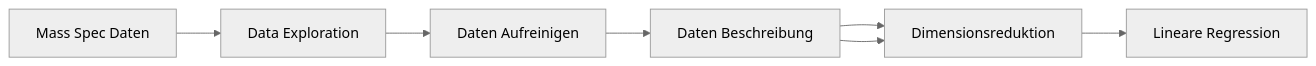
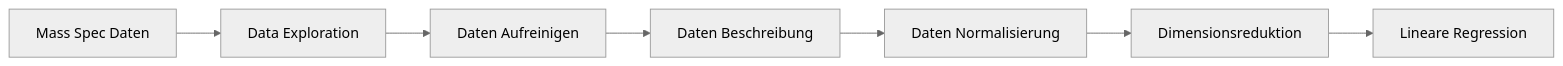
The diagram in README.md (MichelaPozzi/2025-topic-03-group-04), drawn with Mermaid (neutral theme) before and after one commit.

````diff
--- a/README.md
+++ b/README.md
@@ -51,9 +51,9 @@
 ```mermaid
 flowchart LR
     A[Mass Spec Daten] --> B[Data Exploration]
     B --> C[Daten Aufreinigen]
     C --> D[Daten Beschreibung]
     D --> E[Daten Normalisierung]
-    D --> E[Dimensionsreduktion]
-    E --> F[Lineare Regression]
+    E --> F[Dimensionsreduktion]
+    F --> G[Lineare Regression]
 ```
````
